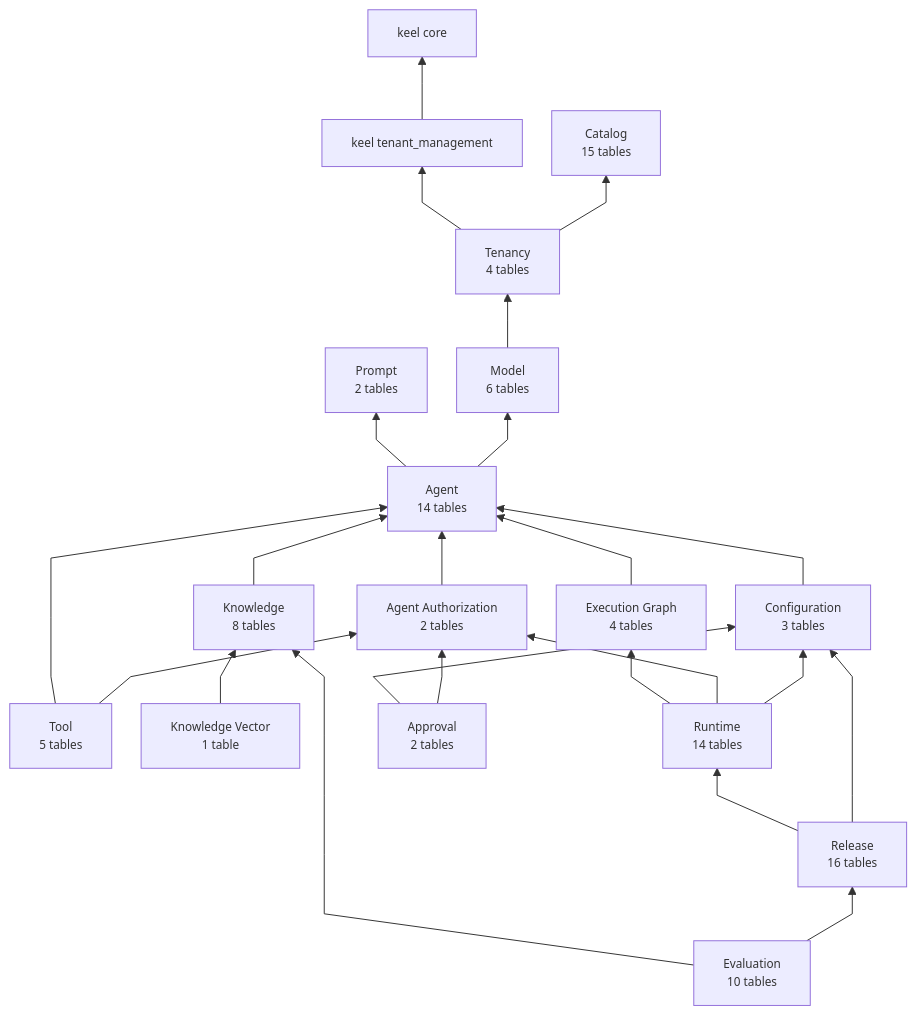
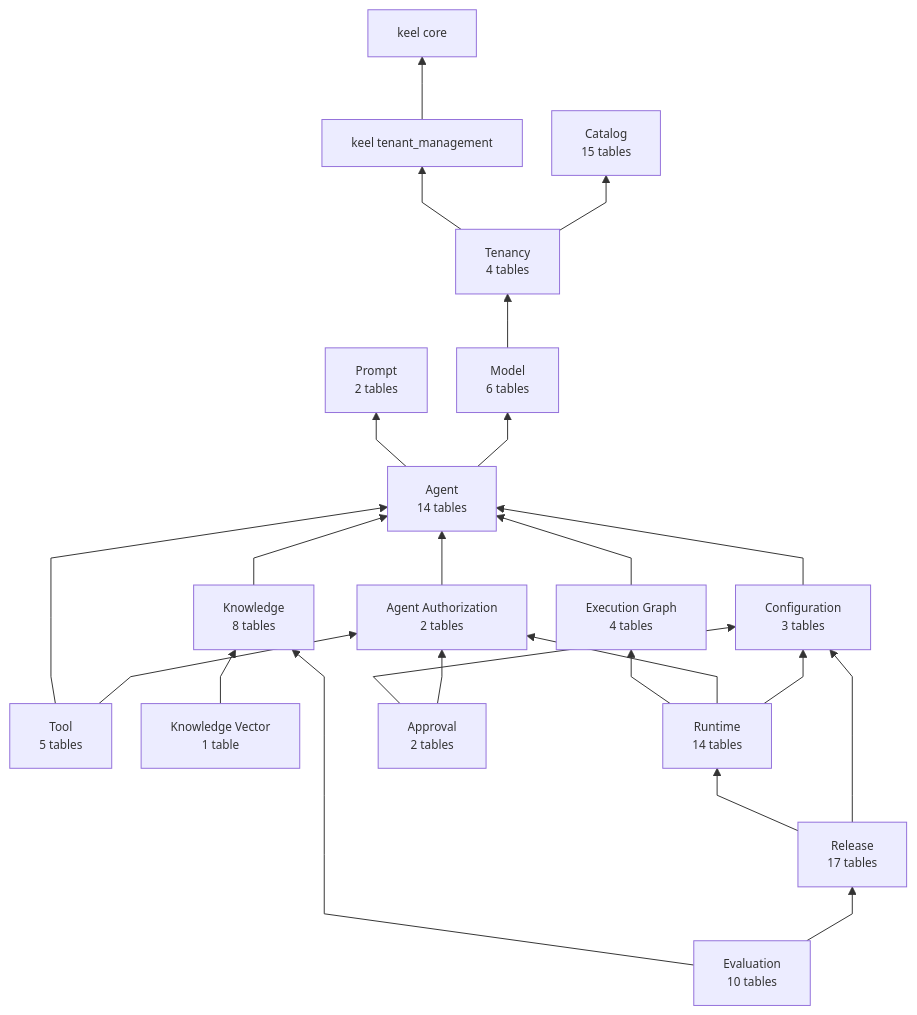
Before and after one commit to nauticana/scout: the first of 16 diagrams in doc/database.md, drawn with Mermaid. The commit also changed other lines of this file and 68 other files, not shown here.

Commit message:
sampling parameters only where accepted, constrained output through the agent executor, billed failures, in-process tools, publish-time tool binding and graph persistence, table-backed runtime collaborators, runtime worker

````diff
--- a/doc/database.md
+++ b/doc/database.md
@@ -20,45 +20,45 @@
 ```mermaid
 %%{init: {"flowchart": {"curve": "linear", "nodeSpacing": 30, "rankSpacing": 55, "diagramPadding": 12}, "themeVariables": {"fontSize": "12px"}}}%%
 flowchart BT
 
     tenant_management --> core
     tenancy --> tenant_management
     tenancy --> catalog
     model --> tenancy
     agent --> prompt
     agent --> model
     tool --> agent
     tool --> agent_authorization_module
     knowledge --> agent
     configuration_module --> agent
     execution_graph_module --> agent
     agent_authorization_module --> agent
     knowledge_vector --> knowledge
     runtime --> execution_graph_module
     runtime --> agent_authorization_module
     runtime --> configuration_module
     release --> runtime
     release --> configuration_module
     evaluation --> knowledge
     evaluation --> release
     approval --> configuration_module
     approval --> agent_authorization_module
 
     core["keel core"]
     tenant_management["keel tenant_management"]
     catalog["Catalog<br/>15 tables"]
     tenancy["Tenancy<br/>4 tables"]
     prompt["Prompt<br/>2 tables"]
     model["Model<br/>6 tables"]
     agent["Agent<br/>14 tables"]
     tool["Tool<br/>5 tables"]
     execution_graph_module["Execution Graph<br/>4 tables"]
     knowledge["Knowledge<br/>8 tables"]
     knowledge_vector["Knowledge Vector<br/>1 table"]
     runtime["Runtime<br/>14 tables"]
-    release["Release<br/>16 tables"]
+    release["Release<br/>17 tables"]
     evaluation["Evaluation<br/>10 tables"]
     agent_authorization_module["Agent Authorization<br/>2 tables"]
     configuration_module["Configuration<br/>3 tables"]
     approval["Approval<br/>2 tables"]
 ```
````
